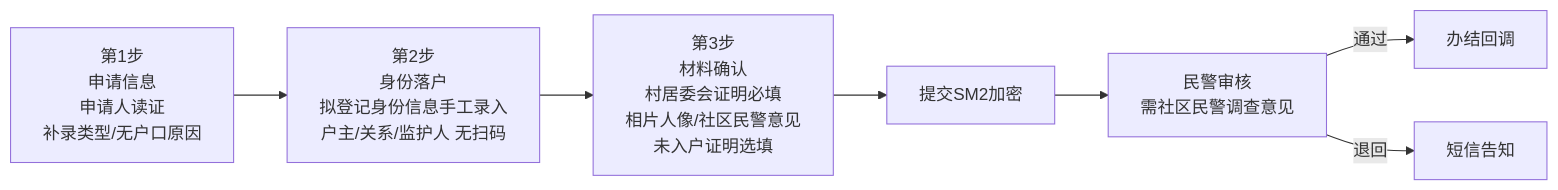
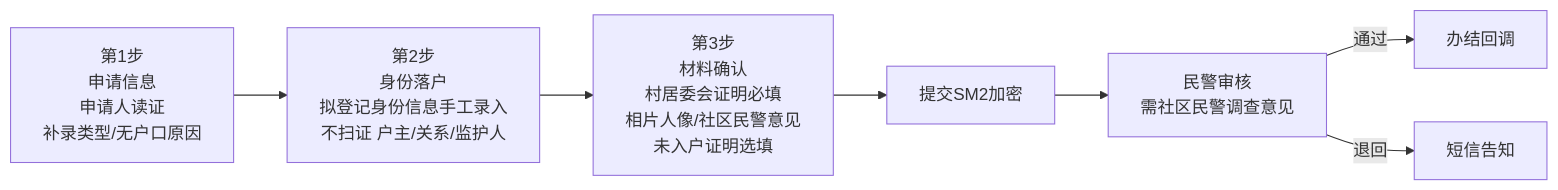
The seventh of 8 diagrams in 户政业务功能说明.md (ikid-zhang/linzhi-miniprogram-prototype), drawn with Mermaid before and after one commit. The commit also changed other lines of this file, not shown here.

````diff
--- a/户政业务功能说明.md
+++ b/户政业务功能说明.md
@@ -335,8 +328,8 @@
 ```mermaid
 flowchart LR
-    T1[第1步<br/>申请信息<br/>申请人读证<br/>补录类型/无户口原因] --> T2[第2步<br/>身份落户<br/>拟登记身份信息手工录入<br/>户主/关系/监护人 无扫码]
+    T1[第1步<br/>申请信息<br/>申请人读证<br/>补录类型/无户口原因] --> T2[第2步<br/>身份落户<br/>拟登记身份信息手工录入<br/>不扫证 户主/关系/监护人]
     T2 --> T3[第3步<br/>材料确认<br/>村居委会证明必填<br/>相片人像/社区民警意见<br/>未入户证明选填]
     T3 --> SUB[提交SM2加密] --> AUD[民警审核<br/>需社区民警调查意见]
     AUD -->|通过| DONE[办结回调]
     AUD -->|退回| R[短信告知]
 ```
````
